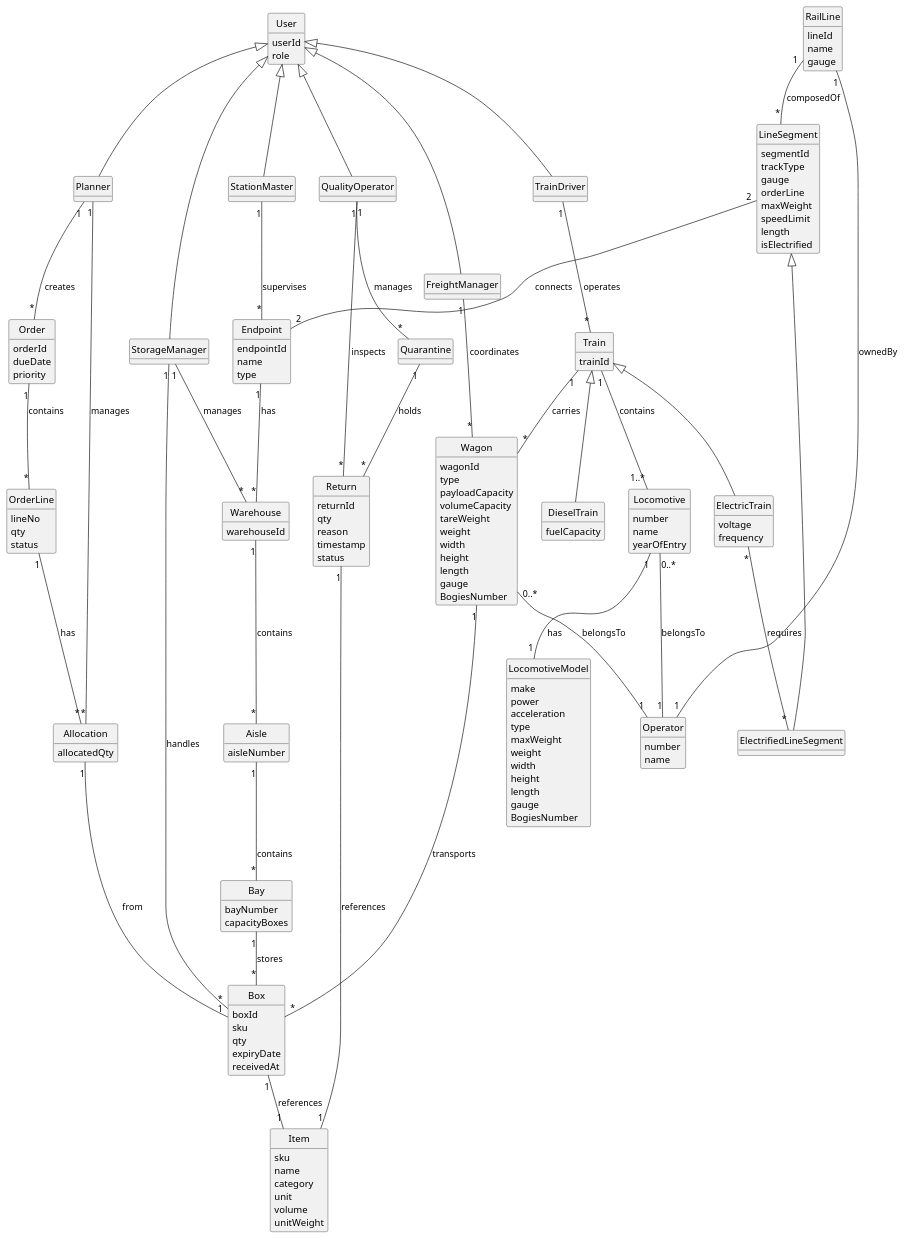
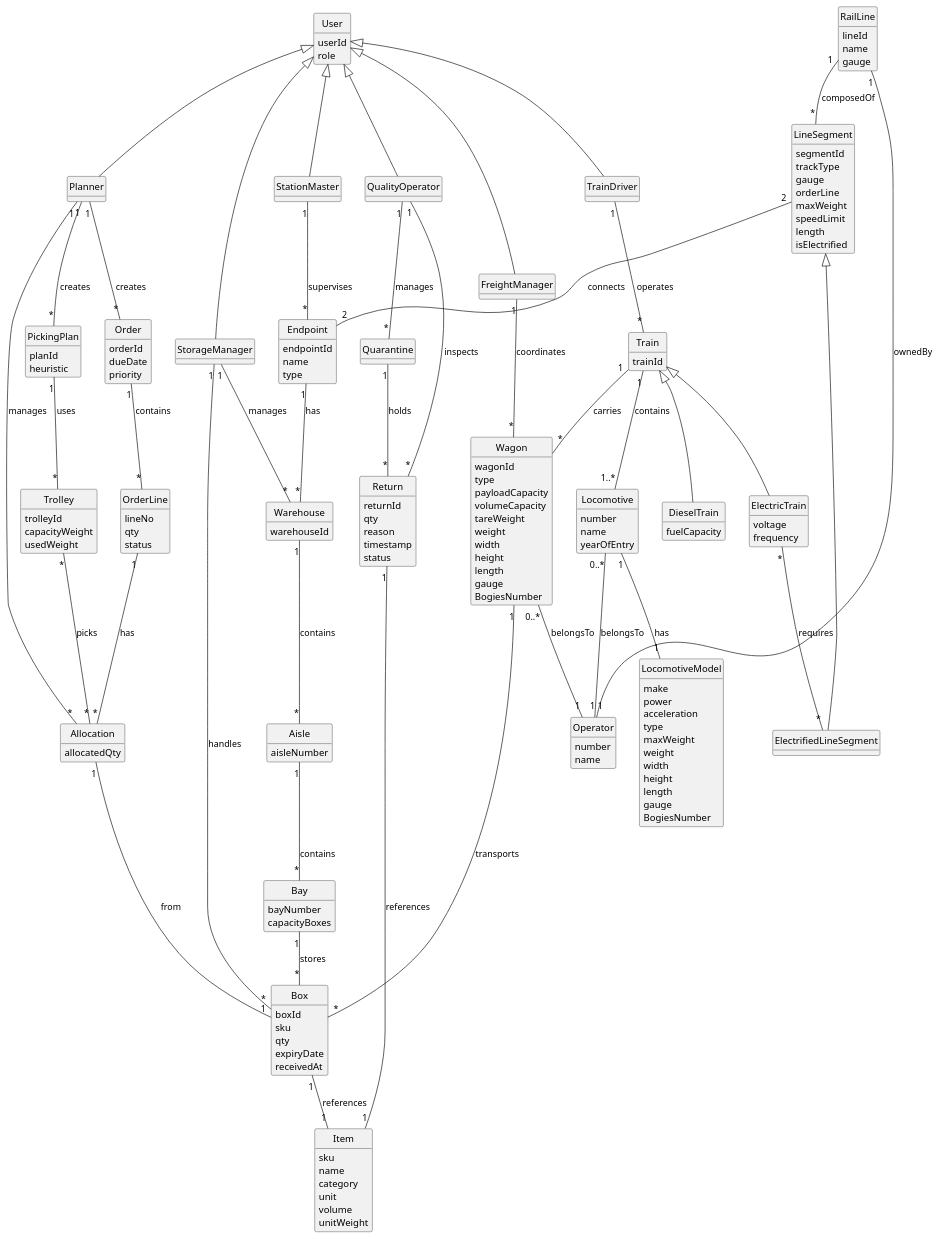
One commit to brunodspinto/railway-logistics-platform changed the diagram in docs/global-artifacts/domainModel.puml. Above: the diagram before and after it, drawn with PlantUML. The commit also changed 1 other file, not shown here.

```diff
--- a/docs/global-artifacts/domainModel.puml
+++ b/docs/global-artifacts/domainModel.puml
@@ -50,6 +50,17 @@
     length
     gauge
     BogiesNumber
+}
+
+class Trolley {
+    trolleyId
+    capacityWeight
+    usedWeight
+}
+
+class PickingPlan {
+    planId
+    heuristic
 }
 
 class Locomotive {
@@ -172,10 +183,13 @@
 Return "1" -- "1" Item : references
 Quarantine "1" -- "*" Return : holds
 Endpoint "1" -- "*" Warehouse : has
+PickingPlan "1" -- "*" Trolley : uses
+Trolley "*" -- "*" Allocation : picks
 
 ' --- USER RESPONSIBILITIES ---
 Planner "1" -- "*" Order : creates
 Planner "1" -- "*" Allocation : manages
+Planner "1" -- "*" PickingPlan : creates
 StorageManager "1" -- "*" Warehouse : manages
 StorageManager "1" -- "*" Box : handles
 QualityOperator "1" -- "*" Return : inspects
```
